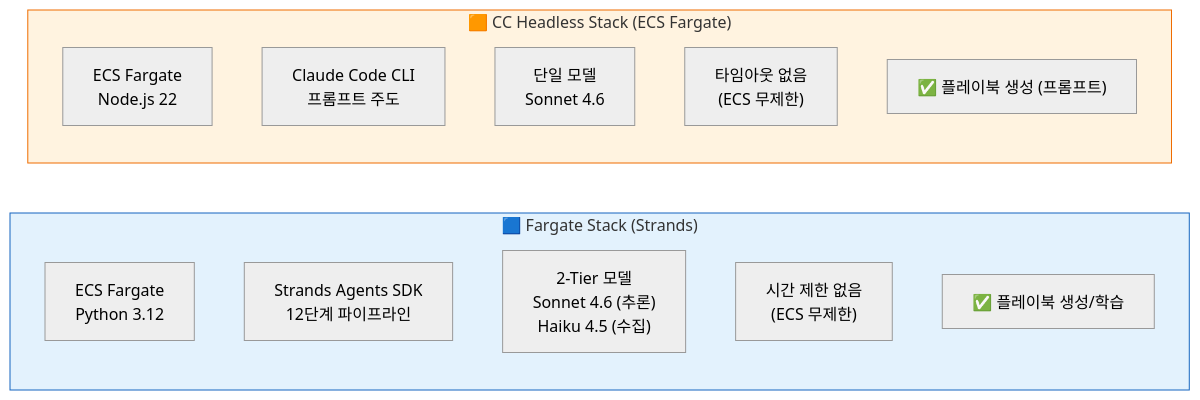
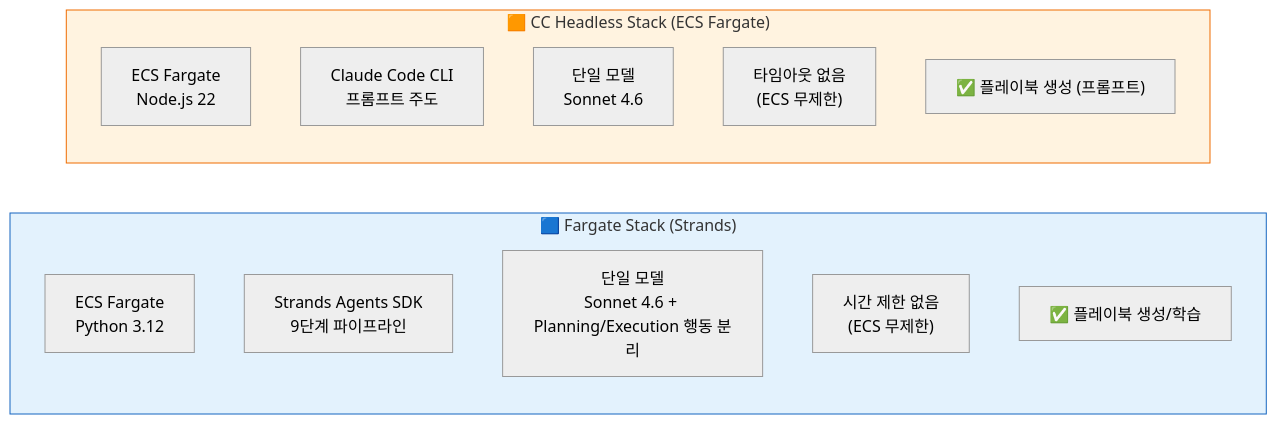
One commit to haandol/rca-agent changed the fifth of 22 diagrams in docs/system-guide-for-ops.md. Above: the diagram before and after it, drawn with Mermaid (neutral theme). The commit also changed other lines of this file and 9 other files, not shown here.

````diff
--- a/docs/system-guide-for-ops.md
+++ b/docs/system-guide-for-ops.md
@@ -255,23 +253,23 @@
 ```mermaid
 graph LR
     subgraph Fargate["🟦 Fargate Stack (Strands)"]
         direction TB
         F_ENV["ECS Fargate<br/>Python 3.12"]
-        F_SDK["Strands Agents SDK<br/>12단계 파이프라인"]
-        F_MODEL["2-Tier 모델<br/>Sonnet 4.6 (추론)<br/>Haiku 4.5 (수집)"]
+        F_SDK["Strands Agents SDK<br/>9단계 파이프라인"]
+        F_MODEL["단일 모델<br/>Sonnet 4.6 + Planning/Execution 행동 분리"]
         F_TIME["시간 제한 없음<br/>(ECS 무제한)"]
         F_PLAY["✅ 플레이북 생성/학습"]
     end
 
     subgraph CcStack["🟧 CC Headless Stack (ECS Fargate)"]
         direction TB
         L_ENV["ECS Fargate<br/>Node.js 22"]
         L_SDK["Claude Code CLI<br/>프롬프트 주도"]
         L_MODEL["단일 모델<br/>Sonnet 4.6"]
         L_TIME["타임아웃 없음<br/>(ECS 무제한)"]
         L_PLAY["✅ 플레이북 생성 (프롬프트)"]
     end
 
     style Fargate fill:#e3f2fd,stroke:#1565c0
     style CcStack fill:#fff3e0,stroke:#ef6c00
 ```
````
